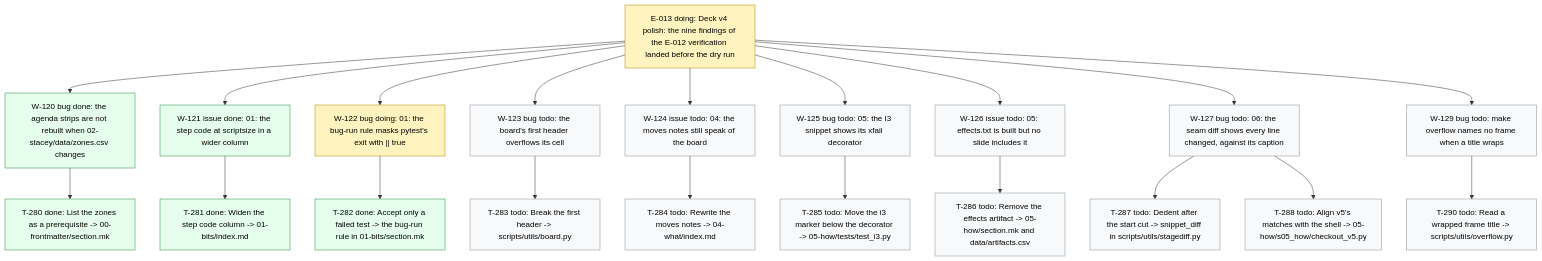
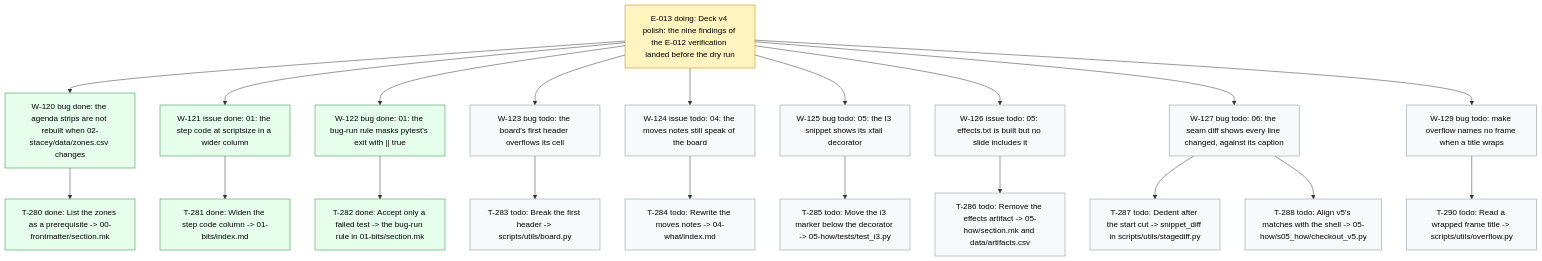
One commit to dpopchev/chaos-to-simple changed the diagram in .board/BOARD.md. Above: the diagram before and after it, drawn with Mermaid. The commit also changed other lines of this file and 1 other file, not shown here.

Commit message:
chore(board): close W-122 -- landed
Refs: W-122

````diff
--- a/.board/BOARD.md
+++ b/.board/BOARD.md
@@ -729,31 +729,31 @@
 ```mermaid
 flowchart TD
   E013["E-013 doing: Deck v4 polish: the nine findings of the E-012 verification landed before the dry run"]
   E013 --> W120["W-120 bug done: the agenda strips are not rebuilt when 02-stacey/data/zones.csv changes"]
   W120 --> T280["T-280 done: List the zones as a prerequisite -> 00-frontmatter/section.mk"]
   E013 --> W121["W-121 issue done: 01: the step code at scriptsize in a wider column"]
   W121 --> T281["T-281 done: Widen the step code column -> 01-bits/index.md"]
-  E013 --> W122["W-122 bug doing: 01: the bug-run rule masks pytest's exit with || true"]
+  E013 --> W122["W-122 bug done: 01: the bug-run rule masks pytest's exit with || true"]
   W122 --> T282["T-282 done: Accept only a failed test -> the bug-run rule in 01-bits/section.mk"]
   E013 --> W123["W-123 bug todo: the board's first header overflows its cell"]
   W123 --> T283["T-283 todo: Break the first header -> scripts/utils/board.py"]
   E013 --> W124["W-124 issue todo: 04: the moves notes still speak of the board"]
   W124 --> T284["T-284 todo: Rewrite the moves notes -> 04-what/index.md"]
   E013 --> W125["W-125 bug todo: 05: the I3 snippet shows its xfail decorator"]
   W125 --> T285["T-285 todo: Move the i3 marker below the decorator -> 05-how/tests/test_i3.py"]
   E013 --> W126["W-126 issue todo: 05: effects.txt is built but no slide includes it"]
   W126 --> T286["T-286 todo: Remove the effects artifact -> 05-how/section.mk and data/artifacts.csv"]
   E013 --> W127["W-127 bug todo: 06: the seam diff shows every line changed, against its caption"]
   W127 --> T287["T-287 todo: Dedent after the start cut -> snippet_diff in scripts/utils/stagediff.py"]
   W127 --> T288["T-288 todo: Align v5's matches with the shell -> 05-how/s05_how/checkout_v5.py"]
   E013 --> W129["W-129 bug todo: make overflow names no frame when a title wraps"]
   W129 --> T290["T-290 todo: Read a wrapped frame title -> scripts/utils/overflow.py"]
   classDef doing fill:#fff3bf,stroke:#b58900,color:#000;
   classDef blocked fill:#ffe3e3,stroke:#c92a2a,color:#000;
   classDef done fill:#e6ffed,stroke:#2b8a3e,color:#000;
   classDef todo fill:#f8f9fa,stroke:#868e96,color:#000;
   classDef pruned fill:#f1f3f5,stroke:#adb5bd,color:#000;
-  class E013,W122 doing
-  class W120,T280,W121,T281,T282 done
+  class E013 doing
+  class W120,T280,W121,T281,W122,T282 done
   class W123,T283,W124,T284,W125,T285,W126,T286,W127,T287,T288,W129,T290 todo
 ```
````
